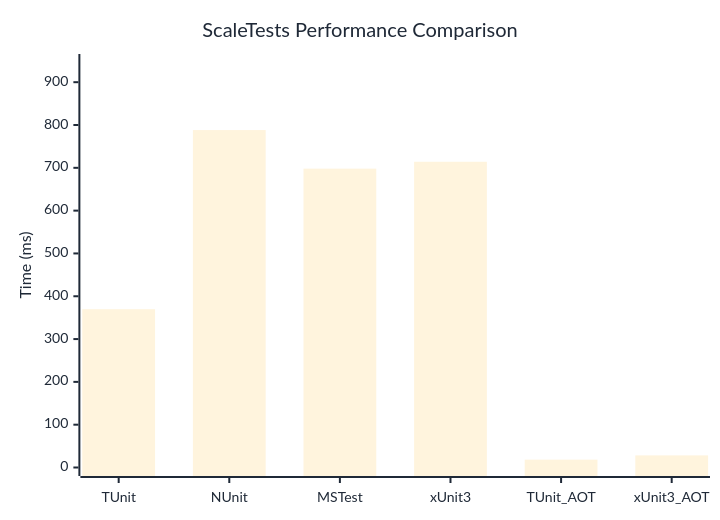
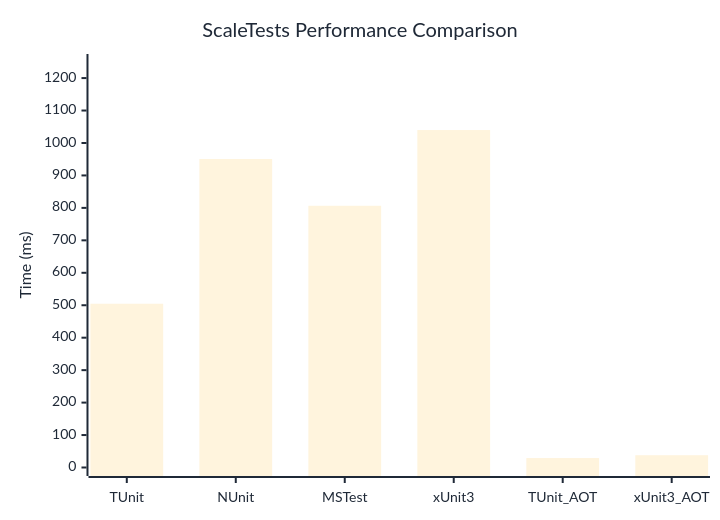
Before and after one commit to thomhurst/TUnit: the diagram in docs/docs/benchmarks/engine/ScaleTests.md, drawn with Mermaid. The commit also changed other lines of this file and 18 other files, not shown here.

````diff
--- a/docs/docs/benchmarks/engine/ScaleTests.md
+++ b/docs/docs/benchmarks/engine/ScaleTests.md
@@ -30,37 +30,37 @@
 ```mermaid
 %%{init: {
   'theme':'base',
   'themeVariables': {
     'primaryColor': '#2563eb',
     'primaryTextColor': '#1f2937',
     'primaryBorderColor': '#1e40af',
     'lineColor': '#6b7280',
     'secondaryColor': '#7c3aed',
     'tertiaryColor': '#dc2626',
     'background': '#ffffff',
     'mainBkg': '#2563eb',
     'secondBkg': '#7c3aed',
     'tertiaryBkg': '#dc2626',
     'clusterBkg': '#f3f4f6',
     'edgeLabelBackground': '#ffffff',
     'tertiaryTextColor': '#1f2937',
     'pie1': '#2563eb',
     'pie2': '#7c3aed',
     'pie3': '#dc2626',
     'pie4': '#f59e0b',
     'pie5': '#10b981',
     'pie6': '#06b6d4',
     'pie7': '#ec4899',
     'pie8': '#6366f1',
     'pie9': '#84cc16',
     'pie10': '#f97316',
     'pie11': '#14b8a6',
     'pie12': '#a855f7'
   }
 }}%%
 xychart-beta
   title "ScaleTests Performance Comparison"
   x-axis ["TUnit", "NUnit", "MSTest", "xUnit3", "TUnit_AOT", "xUnit3_AOT"]
-  y-axis "Time (ms)" 0 --> 946
-  bar [369.78, 788.16, 698.07, 714.12, 18.38, 28.28]
+  y-axis "Time (ms)" 0 --> 1248
+  bar [504.6, 950.59, 806.55, 1039.88, 29.11, 37.88]
 ```
````
